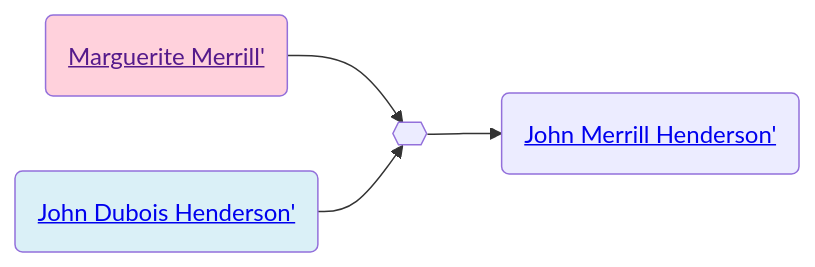
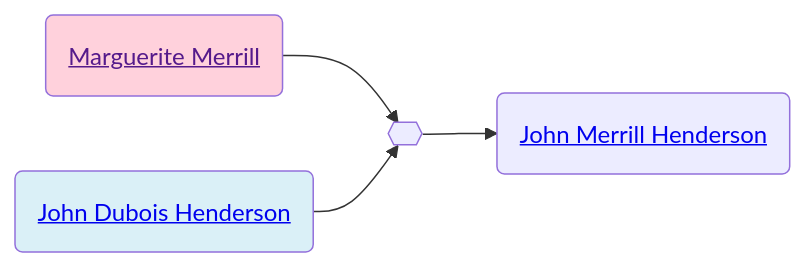
The second of 2 diagrams in familyhistory/sources/people/Merrill-line/Marguerite_Merrill.qmd (neelsmith/avocational), drawn with Mermaid before and after one commit. The commit also changed other lines of this file and 96 other files, not shown here.

````diff
--- a/familyhistory/sources/people/Merrill-line/Marguerite_Merrill.qmd
+++ b/familyhistory/sources/people/Merrill-line/Marguerite_Merrill.qmd
@@ -101,14 +101,14 @@
 ```{mermaid}
 graph LR
 %% LR descendant diagram
 class Marguerite_Merrill_and_John_Dubois_Henderson marriage
-Marguerite_Merrill(<a href=''>Marguerite Merrill'</>) --> Marguerite_Merrill_and_John_Dubois_Henderson{{ }}
-John_Dubois_Henderson(<a href='./../Henderson-line/John_Dubois_Henderson.html'>John Dubois Henderson'</>) --> Marguerite_Merrill_and_John_Dubois_Henderson{{ }}
+Marguerite_Merrill(<a href=''>Marguerite Merrill</a>) --> Marguerite_Merrill_and_John_Dubois_Henderson{{ }}
+John_Dubois_Henderson(<a href='./../Henderson-line/John_Dubois_Henderson.html'>John Dubois Henderson</a>) --> Marguerite_Merrill_and_John_Dubois_Henderson{{ }}
 class John_Dubois_Henderson father
 class Marguerite_Merrill mother
-Marguerite_Merrill_and_John_Dubois_Henderson{{ }} --> John_Merrill_Henderson(<a href='./../Henderson-line/John_Merrill_Henderson.html'>John Merrill Henderson'</>)
+Marguerite_Merrill_and_John_Dubois_Henderson{{ }} --> John_Merrill_Henderson(<a href='./../Henderson-line/John_Merrill_Henderson.html'>John Merrill Henderson</a>)
 classDef mother fill:#ffd1dc
 classDef father fill:#daf0f7  
 classDef marriage fill:#ffffff
 
 ```
````
